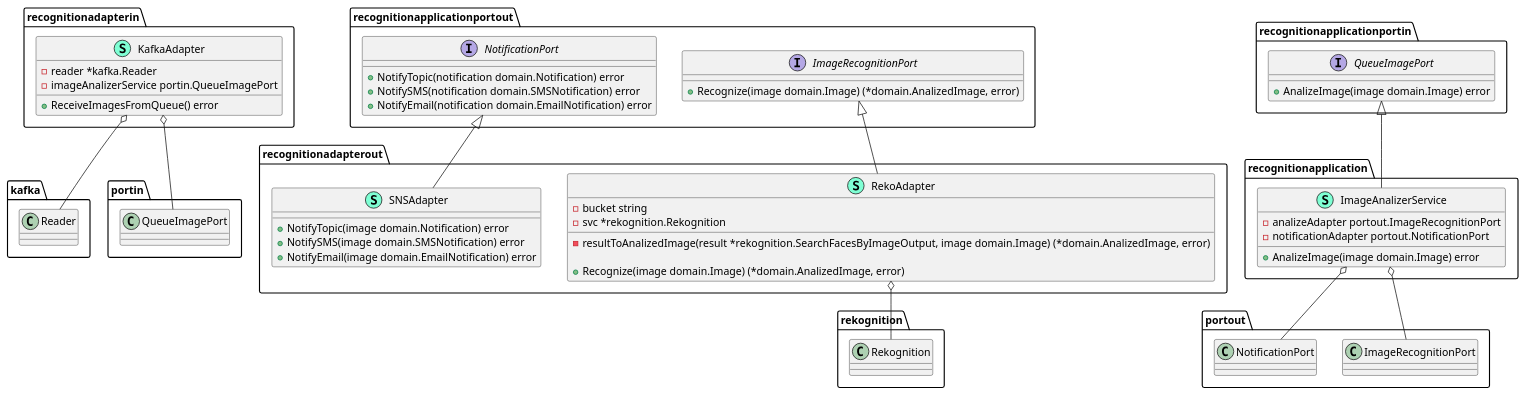
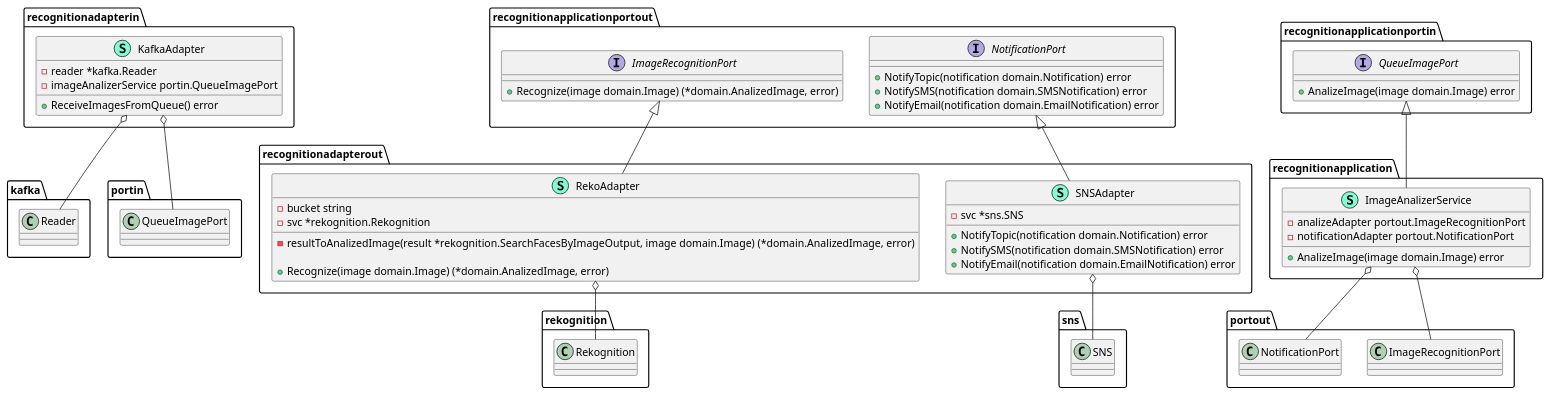
One commit to arielbrizi/go-intelligent-monitoring-system changed the diagram in documentation/puml/recognition-core.puml. Above: the diagram before and after it, drawn with PlantUML. The commit also changed 8 other files, not shown here.

```diff
--- a/documentation/puml/recognition-core.puml
+++ b/documentation/puml/recognition-core.puml
@@ -1,78 +1,81 @@
 @startuml
 namespace recognitionadapterin {
     class KafkaAdapter << (S,Aquamarine) >> {
         - reader *kafka.Reader
         - imageAnalizerService portin.QueueImagePort
 
         + ReceiveImagesFromQueue() error
 
     }
 }
 
 
 "recognitionadapterin.KafkaAdapter" o-- "kafka.Reader"
 "recognitionadapterin.KafkaAdapter" o-- "portin.QueueImagePort"
 
 namespace recognitionadapterout {
     class RekoAdapter << (S,Aquamarine) >> {
         - bucket string
         - svc *rekognition.Rekognition
 
         - resultToAnalizedImage(result *rekognition.SearchFacesByImageOutput, image domain.Image) (*domain.AnalizedImage, error)
 
         + Recognize(image domain.Image) (*domain.AnalizedImage, error)
 
     }
     class SNSAdapter << (S,Aquamarine) >> {
-        + NotifyTopic(image domain.Notification) error
-        + NotifySMS(image domain.SMSNotification) error
-        + NotifyEmail(image domain.EmailNotification) error
+        - svc *sns.SNS
+
+        + NotifyTopic(notification domain.Notification) error
+        + NotifySMS(notification domain.SMSNotification) error
+        + NotifyEmail(notification domain.EmailNotification) error
 
     }
 }
 
 "recognitionapplicationportout.ImageRecognitionPort" <|-- "recognitionadapterout.RekoAdapter"
 "recognitionapplicationportout.NotificationPort" <|-- "recognitionadapterout.SNSAdapter"
 
 "recognitionadapterout.RekoAdapter" o-- "rekognition.Rekognition"
+"recognitionadapterout.SNSAdapter" o-- "sns.SNS"
 
 namespace recognitionapplication {
     class ImageAnalizerService << (S,Aquamarine) >> {
         - analizeAdapter portout.ImageRecognitionPort
         - notificationAdapter portout.NotificationPort
 
         + AnalizeImage(image domain.Image) error
 
     }
 }
 
 "recognitionapplicationportin.QueueImagePort" <|-- "recognitionapplication.ImageAnalizerService"
 
 "recognitionapplication.ImageAnalizerService" o-- "portout.ImageRecognitionPort"
 "recognitionapplication.ImageAnalizerService" o-- "portout.NotificationPort"
 
 namespace recognitionapplicationportin {
     interface QueueImagePort  {
         + AnalizeImage(image domain.Image) error
 
     }
 }
 
 
 
 namespace recognitionapplicationportout {
     interface ImageRecognitionPort  {
         + Recognize(image domain.Image) (*domain.AnalizedImage, error)
 
     }
     interface NotificationPort  {
         + NotifyTopic(notification domain.Notification) error
         + NotifySMS(notification domain.SMSNotification) error
         + NotifyEmail(notification domain.EmailNotification) error
 
     }
 }
 
 
 
 @enduml
```
